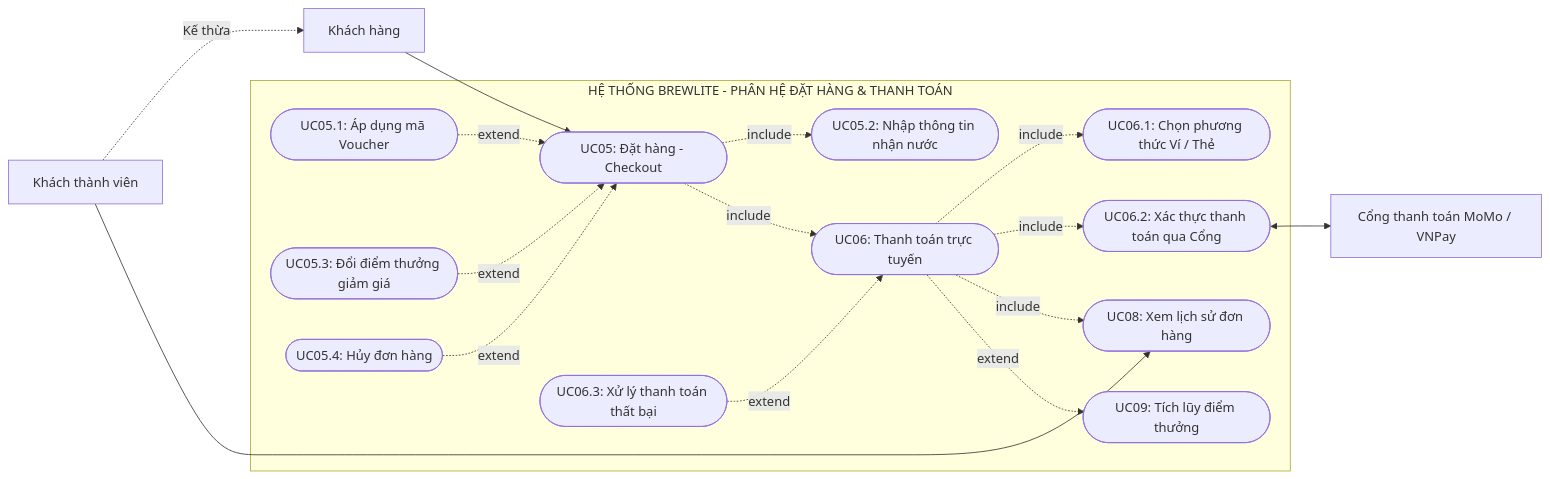
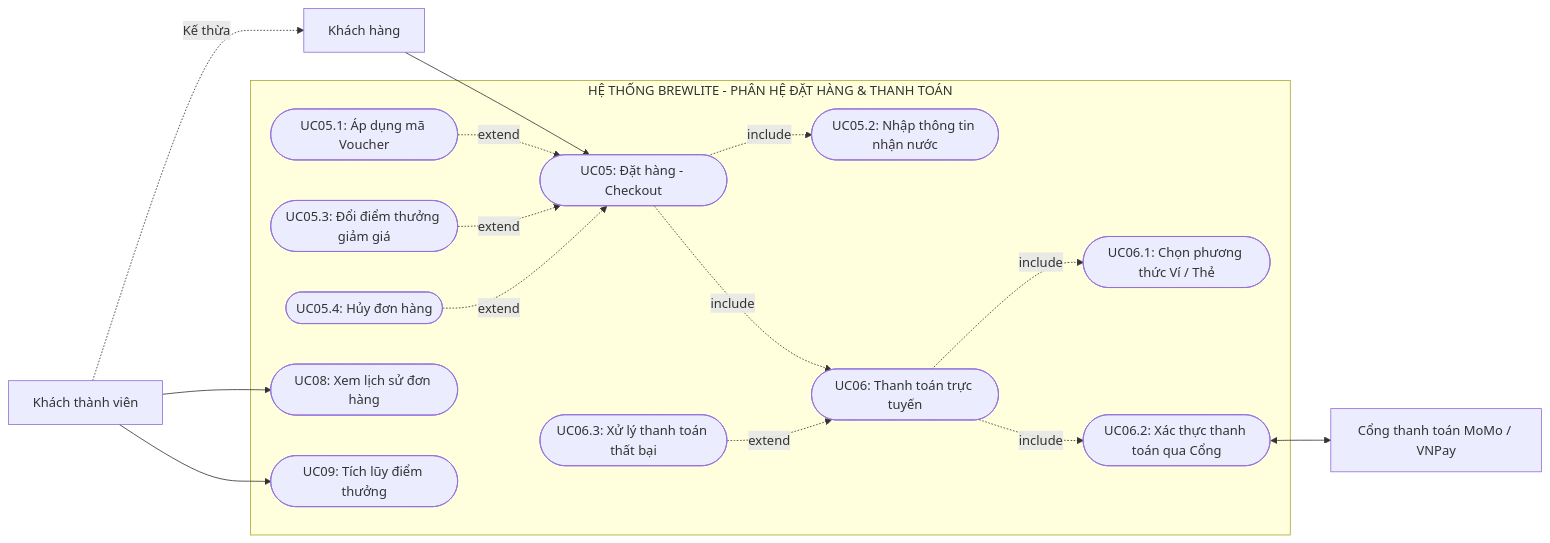
The diagram in docs/diagrams/use-case/use-case-checkout.mmd (nphat-code/swe-project), drawn with Mermaid before and after one commit. The commit also changed 1 other file, not shown here.

Commit message:
fix(docs): remove incorrect include relationship from UC06 to UC08

```diff
--- a/docs/diagrams/use-case/use-case-checkout.mmd
+++ b/docs/diagrams/use-case/use-case-checkout.mmd
@@ -1,39 +1,38 @@
 flowchart LR
     Customer[Khách hàng]
     Member[Khách thành viên]
     PaymentGW[Cổng thanh toán MoMo / VNPay]
 
     Member -.->|Kế thừa| Customer
 
     subgraph CoreBoundary [HỆ THỐNG BREWLITE - PHÂN HỆ ĐẶT HÀNG & THANH TOÁN]
         UC05([UC05: Đặt hàng - Checkout])
         UC05_1([UC05.1: Áp dụng mã Voucher])
         UC05_2([UC05.2: Nhập thông tin nhận nước])
         UC05_3([UC05.3: Đổi điểm thưởng giảm giá])
         UC05_4([UC05.4: Hủy đơn hàng])
 
         UC06([UC06: Thanh toán trực tuyến])
         UC06_1([UC06.1: Chọn phương thức Ví / Thẻ])
         UC06_2([UC06.2: Xác thực thanh toán qua Cổng])
         UC06_3([UC06.3: Xử lý thanh toán thất bại])
 
         UC08([UC08: Xem lịch sử đơn hàng])
         UC09([UC09: Tích lũy điểm thưởng])
     end
 
     Customer --> UC05
     Member --> UC08
+    Member --> UC09
 
     UC05 -.->|include| UC05_2
     UC05 -.->|include| UC06
     UC05_1 -.->|extend| UC05
     UC05_3 -.->|extend| UC05
     UC05_4 -.->|extend| UC05
 
     UC06 -.->|include| UC06_1
     UC06 -.->|include| UC06_2
     UC06_3 -.->|extend| UC06
-    UC06 -.->|include| UC08
-    UC06 -.->|extend| UC09
 
     UC06_2 <--> PaymentGW
```
